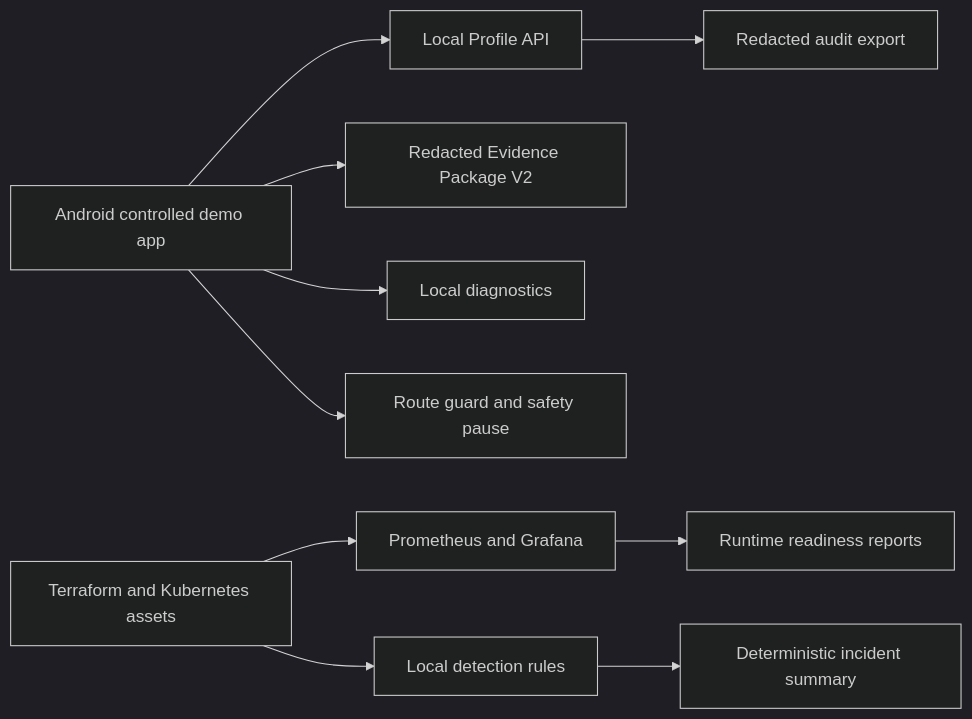
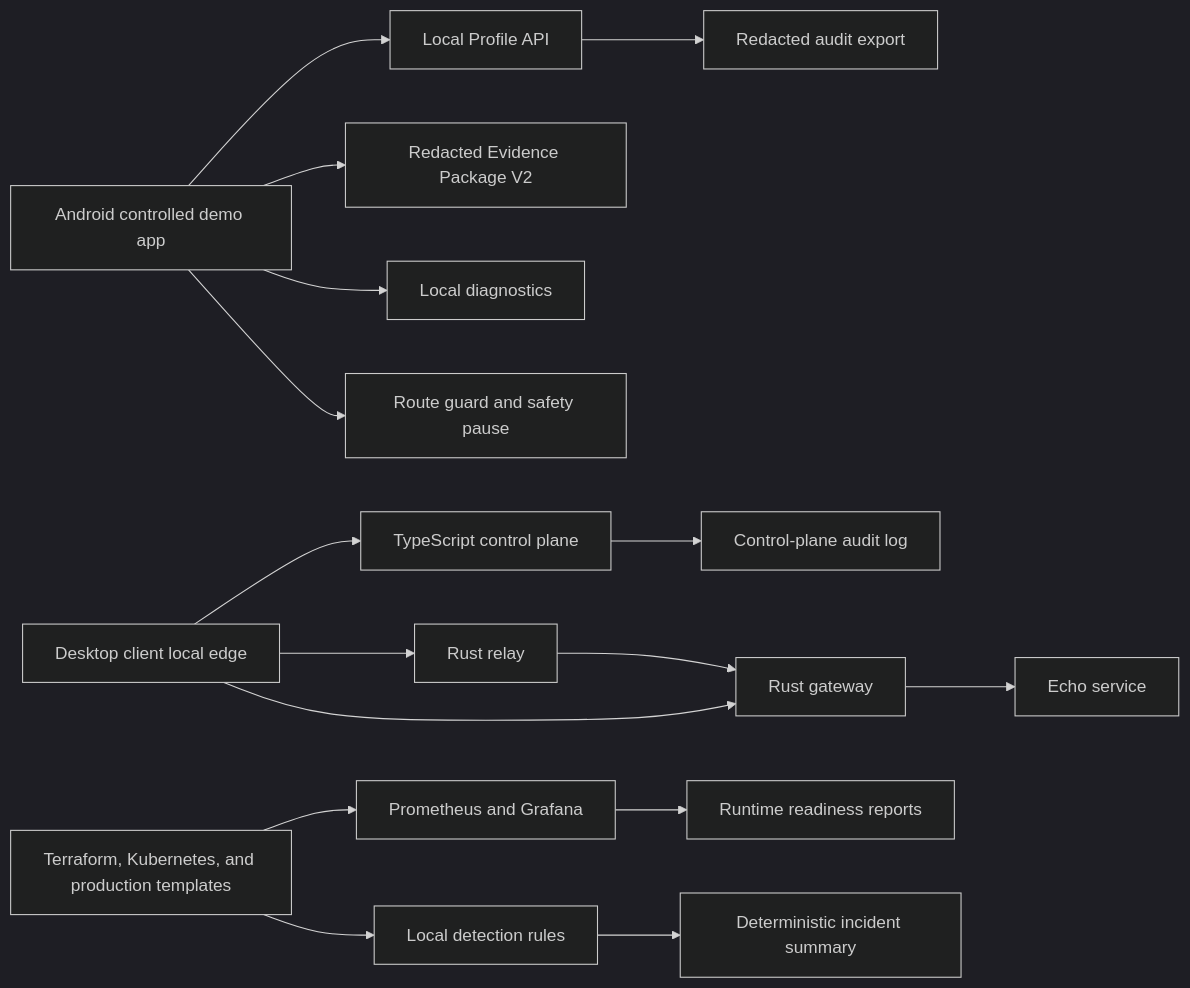
Before and after one commit to pirbod/gozar: the diagram in README.md, drawn with Mermaid (dark theme). The commit also changed other lines of this file, not shown here.

Commit message:
docs: update README for production hardening MR

````diff
--- a/README.md
+++ b/README.md
@@ -36,12 +46,20 @@
 ```mermaid
 flowchart LR
   Android["Android controlled demo app"] --> Profile["Local Profile API"]
   Android --> Evidence["Redacted Evidence Package V2"]
   Android --> Diagnostics["Local diagnostics"]
   Android --> Safety["Route guard and safety pause"]
+
+  Client["Desktop client local edge"] --> Control["TypeScript control plane"]
+  Client --> Relay["Rust relay"]
+  Client --> Gateway["Rust gateway"]
+  Relay --> Gateway
+  Gateway --> Echo["Echo service"]
+
   Profile --> Audit["Redacted audit export"]
-  Platform["Terraform and Kubernetes assets"] --> Observability["Prometheus and Grafana"]
+  Control --> CoreAudit["Control-plane audit log"]
+  Platform["Terraform, Kubernetes, and production templates"] --> Observability["Prometheus and Grafana"]
   Platform --> Detection["Local detection rules"]
   Detection --> Summary["Deterministic incident summary"]
   Observability --> Reports["Runtime readiness reports"]
 ```
````
